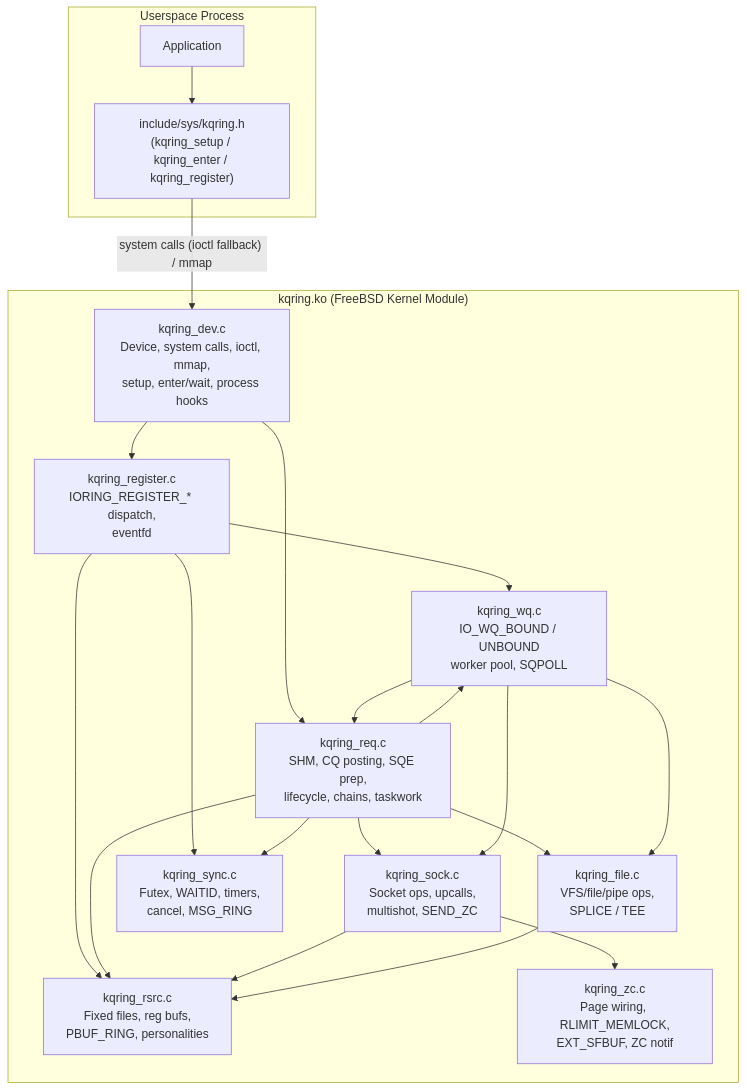
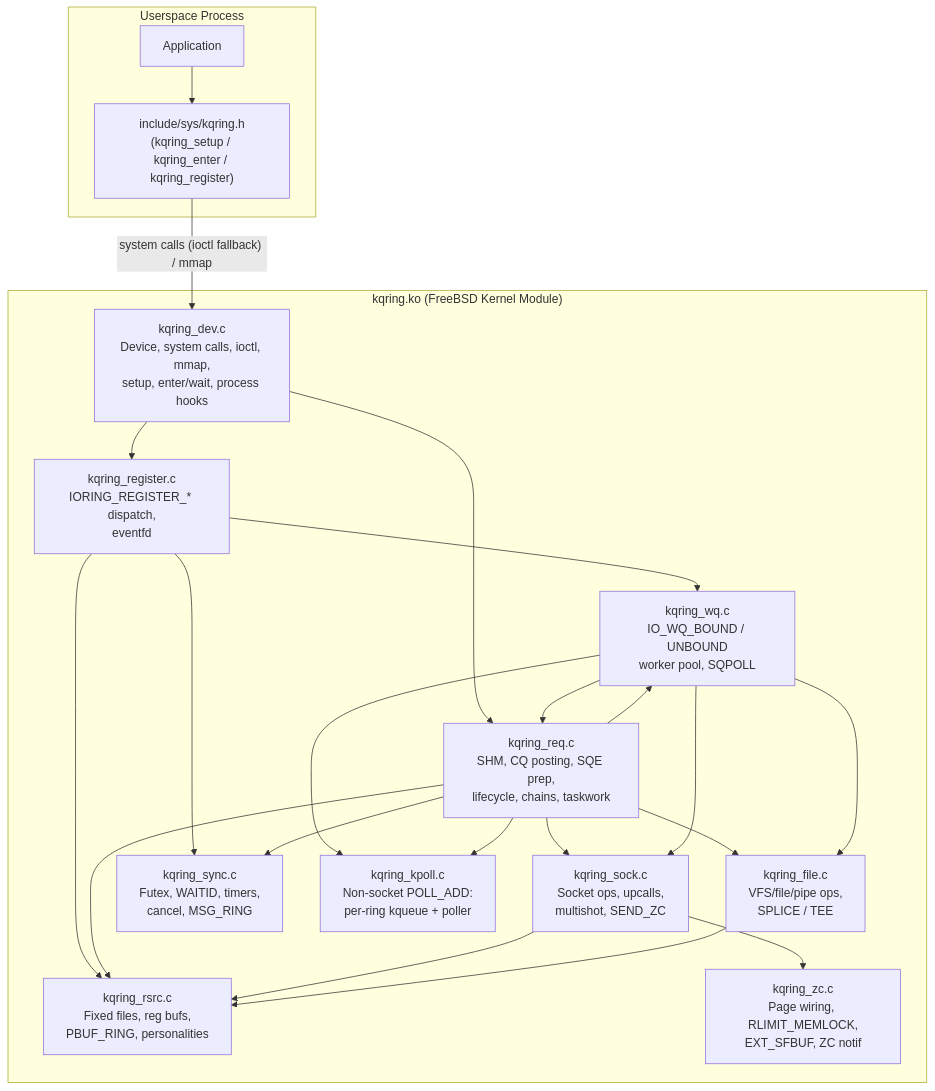
The first of 8 diagrams in ARCHITECTURE.MD (grepjava/kqring), drawn with Mermaid before and after one commit. The commit also changed other lines of this file and 2 other files, not shown here.

Commit message:
Document the liburing port, shared rings, the kqueue poller and ring files

````diff
--- a/ARCHITECTURE.MD
+++ b/ARCHITECTURE.MD
@@ -11,38 +11,41 @@
 ```mermaid
 flowchart TB
     subgraph Userspace["Userspace Process"]
         App["Application"]
         UAPI["include/sys/kqring.h<br/>(kqring_setup / kqring_enter / kqring_register)"]
         App --> UAPI
     end
 
     subgraph KMOD["kqring.ko (FreeBSD Kernel Module)"]
         DEV["kqring_dev.c<br/>Device, system calls, ioctl, mmap,<br/>setup, enter/wait, process hooks"]
         REG["kqring_register.c<br/>IORING_REGISTER_* dispatch,<br/>eventfd"]
         REQ["kqring_req.c<br/>SHM, CQ posting, SQE prep,<br/>lifecycle, chains, taskwork"]
         RSRC["kqring_rsrc.c<br/>Fixed files, reg bufs,<br/>PBUF_RING, personalities"]
         SOCK["kqring_sock.c<br/>Socket ops, upcalls,<br/>multishot, SEND_ZC"]
         FILE["kqring_file.c<br/>VFS/file/pipe ops,<br/>SPLICE / TEE"]
         SYNC["kqring_sync.c<br/>Futex, WAITID, timers,<br/>cancel, MSG_RING"]
         WQ["kqring_wq.c<br/>IO_WQ_BOUND / UNBOUND<br/>worker pool, SQPOLL"]
         ZC["kqring_zc.c<br/>Page wiring, RLIMIT_MEMLOCK,<br/>EXT_SFBUF, ZC notif"]
+        KPOLL["kqring_kpoll.c<br/>Non-socket POLL_ADD:<br/>per-ring kqueue + poller"]
     end
 
     UAPI -- "system calls (ioctl fallback) / mmap" --> DEV
     DEV --> REG
     DEV --> REQ
     REG --> RSRC
     REG --> WQ
     REG --> SYNC
     REQ --> RSRC
     REQ --> SOCK
     REQ --> FILE
     REQ --> SYNC
     REQ --> WQ
     SOCK --> ZC
     SOCK --> RSRC
     FILE --> RSRC
     WQ --> REQ
     WQ --> SOCK
     WQ --> FILE
+    WQ --> KPOLL
+    REQ --> KPOLL
 ```
````
